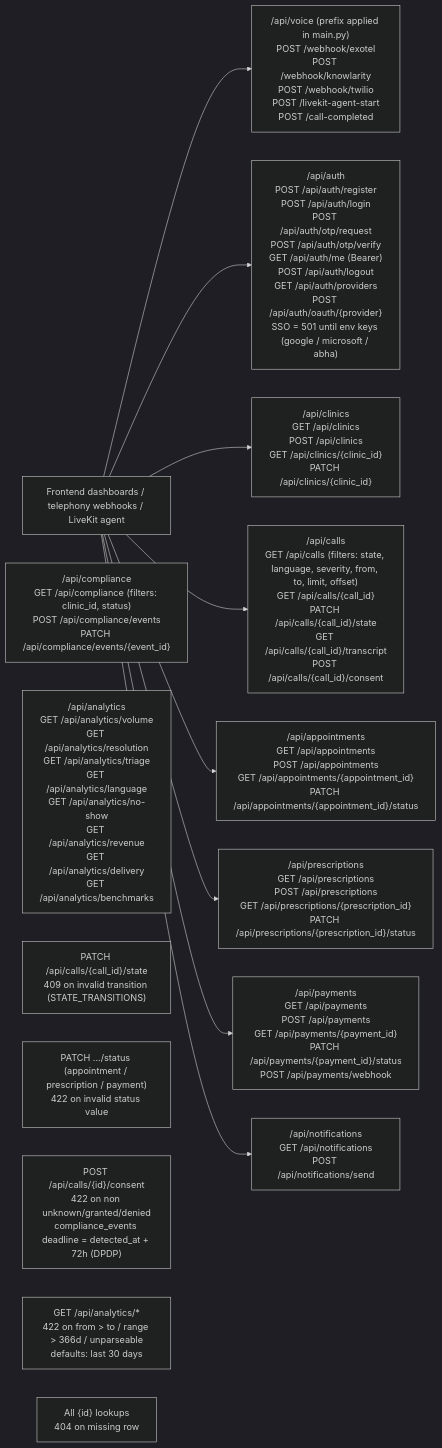
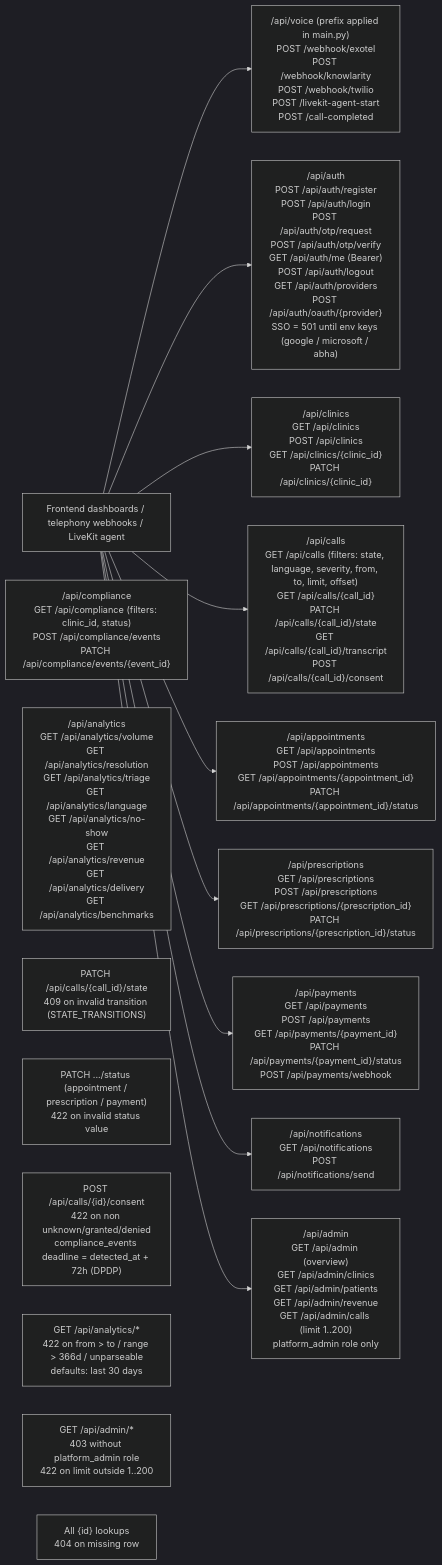
One commit to ajayspi/MediCall-AI changed the diagram in docs/uml/03-api-contracts.md. Above: the diagram before and after it, drawn with Mermaid (dark theme). The commit also changed other lines of this file and 3 other files, not shown here.

````diff
--- a/docs/uml/03-api-contracts.md
+++ b/docs/uml/03-api-contracts.md
@@ -3,28 +3,31 @@
 ```mermaid
 flowchart LR
     Client["Frontend dashboards / telephony webhooks / LiveKit agent"] --> Voice
     Client --> Auth
     Client --> Clinics
     Client --> Calls
     Client --> Appointments
     Client --> Prescriptions
     Client --> Payments
     Client --> Notifications
+    Client --> Admin
 
     Auth["/api/auth<br/>POST /api/auth/register<br/>POST /api/auth/login<br/>POST /api/auth/otp/request<br/>POST /api/auth/otp/verify<br/>GET /api/auth/me (Bearer)<br/>POST /api/auth/logout<br/>GET /api/auth/providers<br/>POST /api/auth/oauth/{provider}<br/>SSO = 501 until env keys (google / microsoft / abha)"]
     Voice["/api/voice (prefix applied in main.py)<br/>POST /webhook/exotel<br/>POST /webhook/knowlarity<br/>POST /webhook/twilio<br/>POST /livekit-agent-start<br/>POST /call-completed"]
     Clinics["/api/clinics<br/>GET /api/clinics<br/>POST /api/clinics<br/>GET /api/clinics/{clinic_id}<br/>PATCH /api/clinics/{clinic_id}"]
     Calls["/api/calls<br/>GET /api/calls (filters: state, language, severity, from, to, limit, offset)<br/>GET /api/calls/{call_id}<br/>PATCH /api/calls/{call_id}/state<br/>GET /api/calls/{call_id}/transcript<br/>POST /api/calls/{call_id}/consent"]
     Appointments["/api/appointments<br/>GET /api/appointments<br/>POST /api/appointments<br/>GET /api/appointments/{appointment_id}<br/>PATCH /api/appointments/{appointment_id}/status"]
     Prescriptions["/api/prescriptions<br/>GET /api/prescriptions<br/>POST /api/prescriptions<br/>GET /api/prescriptions/{prescription_id}<br/>PATCH /api/prescriptions/{prescription_id}/status"]
     Payments["/api/payments<br/>GET /api/payments<br/>POST /api/payments<br/>GET /api/payments/{payment_id}<br/>PATCH /api/payments/{payment_id}/status<br/>POST /api/payments/webhook"]
     Notifications["/api/notifications<br/>GET /api/notifications<br/>POST /api/notifications/send"]
     Compliance["/api/compliance<br/>GET /api/compliance (filters: clinic_id, status)<br/>POST /api/compliance/events<br/>PATCH /api/compliance/events/{event_id}"]
     Analytics["/api/analytics<br/>GET /api/analytics/volume<br/>GET /api/analytics/resolution<br/>GET /api/analytics/triage<br/>GET /api/analytics/language<br/>GET /api/analytics/no-show<br/>GET /api/analytics/revenue<br/>GET /api/analytics/delivery<br/>GET /api/analytics/benchmarks"]
+    Admin["/api/admin<br/>GET /api/admin (overview)<br/>GET /api/admin/clinics<br/>GET /api/admin/patients<br/>GET /api/admin/revenue<br/>GET /api/admin/calls (limit 1..200)<br/>platform_admin role only"]
 
     StateGuard["PATCH /api/calls/{call_id}/state<br/>409 on invalid transition (STATE_TRANSITIONS)"]
     StatusGuard["PATCH .../status (appointment / prescription / payment)<br/>422 on invalid status value"]
     ConsentGuard["POST /api/calls/{id}/consent<br/>422 on non unknown/granted/denied<br/>compliance_events deadline = detected_at + 72h (DPDP)"]
     PeriodGuard["GET /api/analytics/*<br/>422 on from > to / range > 366d / unparseable<br/>defaults: last 30 days"]
+    AdminGuard["GET /api/admin/*<br/>403 without platform_admin role<br/>422 on limit outside 1..200"]
     NotFound["All {id} lookups<br/>404 on missing row"]
 ```
````
